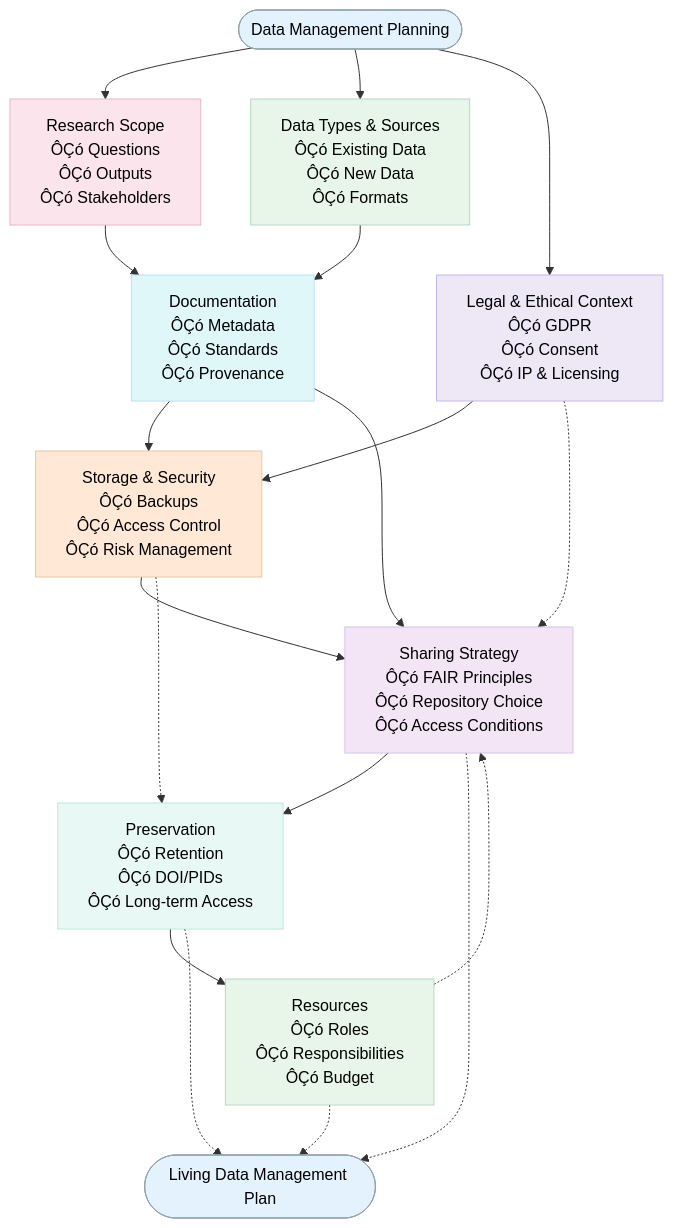
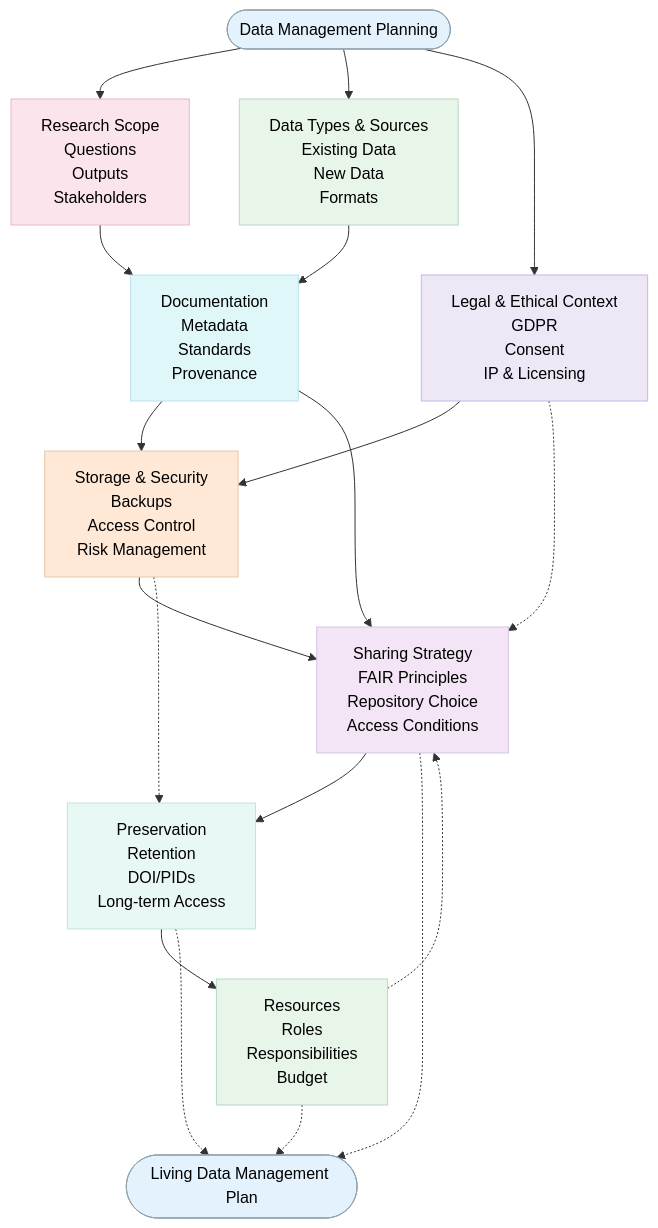
Before and after one commit to Digital-Future-Institute/CoARA: the first of 2 diagrams in 4.6-Developing-a-Data-Management-and-Sharing-Plan-(DMSP).md, drawn with Mermaid. The commit also changed other lines of this file, not shown here.

```diff
--- a/4.6-Developing-a-Data-Management-and-Sharing-Plan-(DMSP).md
+++ b/4.6-Developing-a-Data-Management-and-Sharing-Plan-(DMSP).md
@@ -136,44 +136,44 @@
     A([Data Management Planning])
 
     B["Research Scope
-    ÔÇó Questions
-    ÔÇó Outputs
-    ÔÇó Stakeholders"]
+    Questions
+    Outputs
+    Stakeholders"]
 
     C["Data Types & Sources
-    ÔÇó Existing Data
-    ÔÇó New Data
-    ÔÇó Formats"]
+    Existing Data
+    New Data
+    Formats"]
 
     D["Legal & Ethical Context
-    ÔÇó GDPR
-    ÔÇó Consent
-    ÔÇó IP & Licensing"]
+    GDPR
+    Consent
+    IP & Licensing"]
 
     E["Documentation
-    ÔÇó Metadata
-    ÔÇó Standards
-    ÔÇó Provenance"]
+    Metadata
+    Standards
+    Provenance"]
 
     F["Storage & Security
-    ÔÇó Backups
-    ÔÇó Access Control
-    ÔÇó Risk Management"]
+    Backups
+    Access Control
+    Risk Management"]
 
     G["Sharing Strategy
-    ÔÇó FAIR Principles
-    ÔÇó Repository Choice
-    ÔÇó Access Conditions"]
+    FAIR Principles
+    Repository Choice
+    Access Conditions"]
 
     H["Preservation
-    ÔÇó Retention
-    ÔÇó DOI/PIDs
-    ÔÇó Long-term Access"]
+    Retention
+    DOI/PIDs
+    Long-term Access"]
 
     I["Resources
-    ÔÇó Roles
-    ÔÇó Responsibilities
-    ÔÇó Budget"]
+    Roles
+    Responsibilities
+    Budget"]
 
     J([Living Data Management Plan])
 
```
